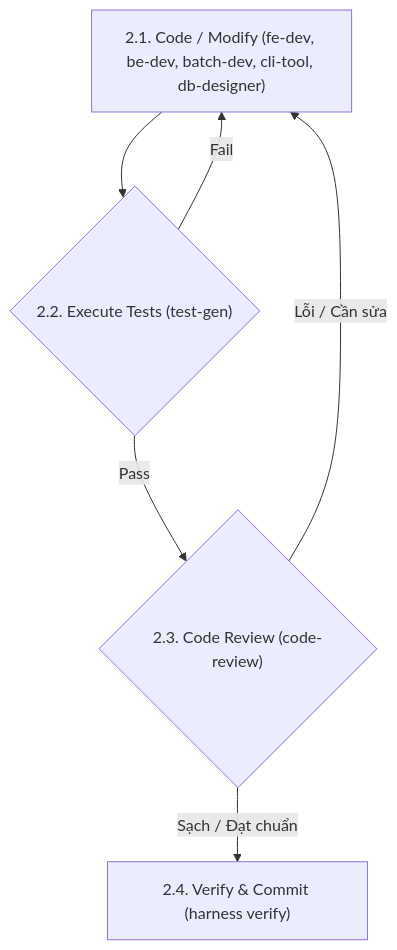
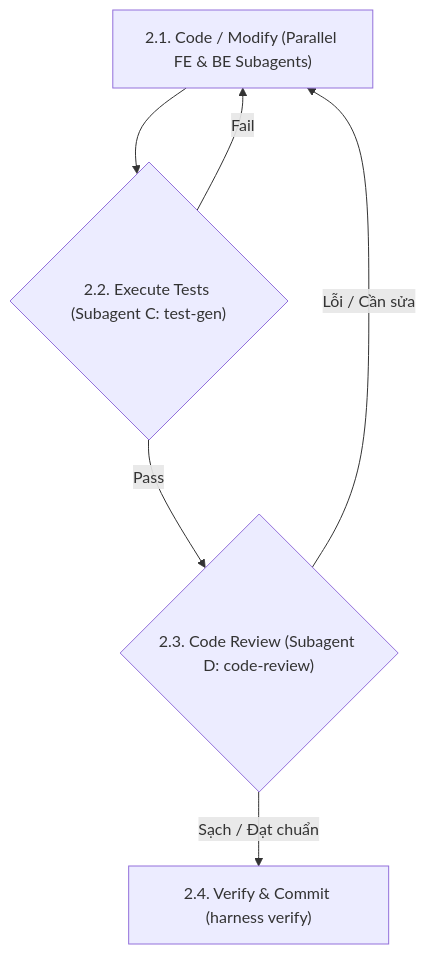
Before and after one commit to nobodyonlyc/skills: the diagram in skills/workflow-feature/SKILL.md, drawn with Mermaid. The commit also changed other lines of this file and 2 other files, not shown here.

Commit message:
feat: add parallel subagents orchestration to bootstrap, feature, and bugfix workflows

````diff
--- a/skills/workflow-feature/SKILL.md
+++ b/skills/workflow-feature/SKILL.md
@@ -32,8 +29,8 @@
 ```mermaid
 graph TD
-    Code["2.1. Code / Modify (fe-dev, be-dev, batch-dev, cli-tool, db-designer)"] --> Test{"2.2. Execute Tests (test-gen)"}
+    Code["2.1. Code / Modify (Parallel FE & BE Subagents)"] --> Test{"2.2. Execute Tests (Subagent C: test-gen)"}
     Test -->|Fail| Code
-    Test -->|Pass| Review{"2.3. Code Review (code-review)"}
+    Test -->|Pass| Review{"2.3. Code Review (Subagent D: code-review)"}
     Review -->|Lỗi / Cần sửa| Code
     Review -->|Sạch / Đạt chuẩn| Verify["2.4. Verify & Commit (harness verify)"]
 ```
````
